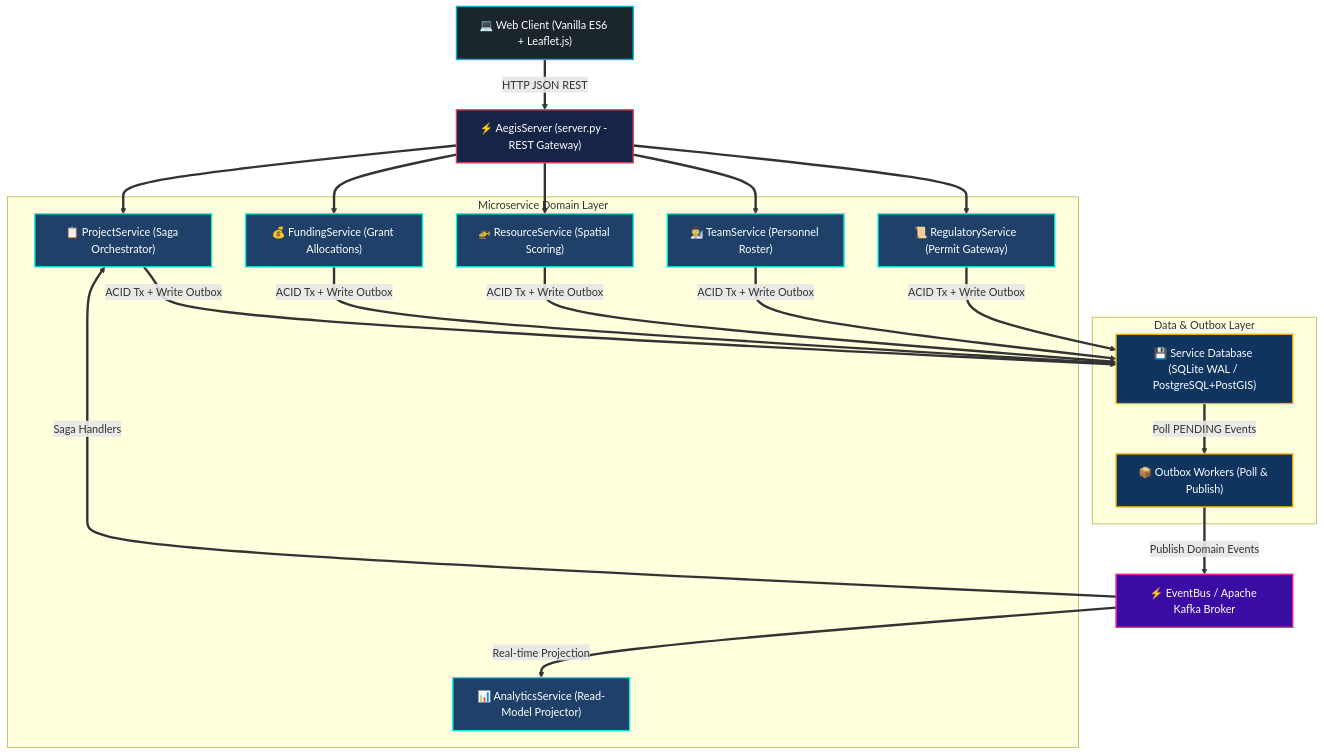
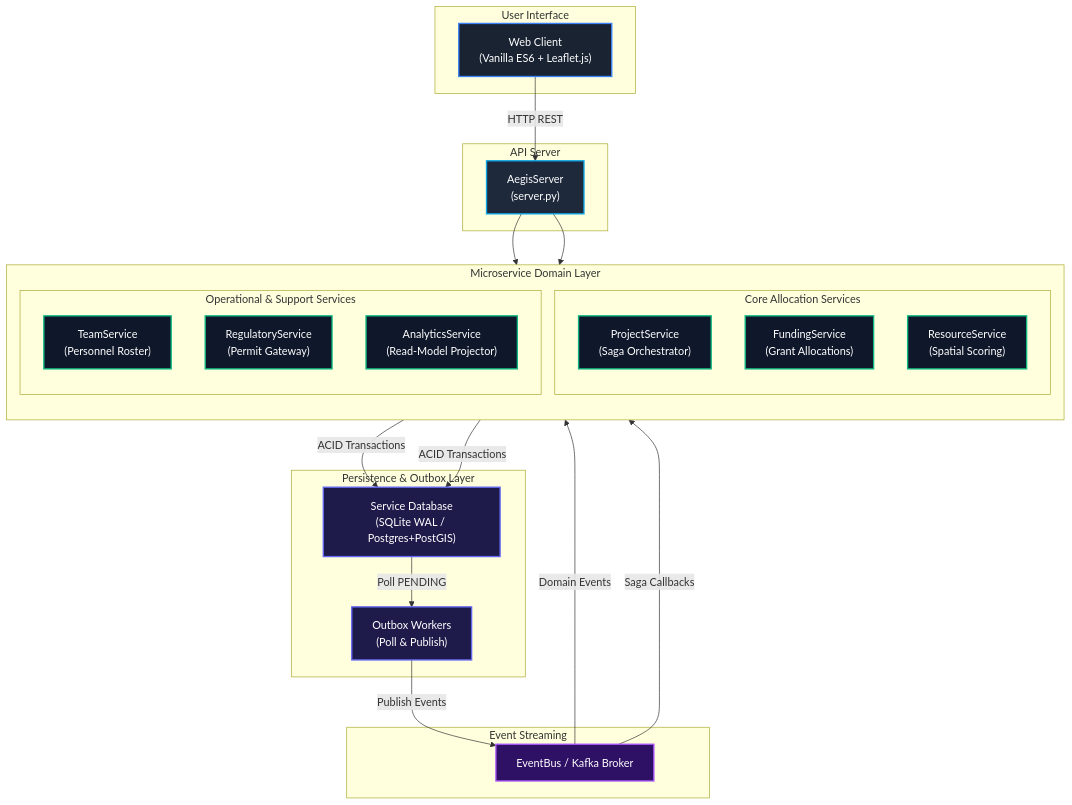
Before and after one commit to AayushRahate07/ECOTONE: the diagram in README.md, drawn with Mermaid. The commit also changed other lines of this file, not shown here.

````diff
--- a/README.md
+++ b/README.md
@@ -89,35 +80,58 @@
 ```mermaid
-graph TD
-    classDef client fill:#1b262c,stroke:#00b4d8,stroke-width:2px,color:#fff;
-    classDef server fill:#162447,stroke:#e43f5a,stroke-width:2px,color:#fff;
-    classDef service fill:#1f4068,stroke:#00f5d4,stroke-width:2px,color:#fff;
-    classDef db fill:#0f3460,stroke:#ffb703,stroke-width:2px,color:#fff;
-    classDef bus fill:#3a0ca3,stroke:#f72585,stroke-width:2px,color:#fff;
-
-    Client["💻 Web Client (Vanilla ES6 + Leaflet.js)"]:::client
-    Server["⚡ AegisServer (server.py - REST Gateway)"]:::server
-
-    subgraph Microservice Domain Layer
-        PS["📋 ProjectService (Saga Orchestrator)"]:::service
-        FS["💰 FundingService (Grant Allocations)"]:::service
-        RS["🚁 ResourceService (Spatial Scoring)"]:::service
-        TS["👨‍🔬 TeamService (Personnel Roster)"]:::service
-        RG["📜 RegulatoryService (Permit Gateway)"]:::service
-        AS["📊 AnalyticsService (Read-Model Projector)"]:::service
+graph TB
+    subgraph Frontend ["User Interface"]
+        UI["Web Client\n(Vanilla ES6 + Leaflet.js)"]
     end
 
-    subgraph Data & Outbox Layer
-        DB["💾 Service Database (SQLite WAL / PostgreSQL+PostGIS)"]:::db
-        OB["📦 Outbox Workers (Poll & Publish)"]:::db
+    subgraph Gateway ["API Server"]
+        API["AegisServer\n(server.py)"]
     end
 
-    Bus["⚡ EventBus / Apache Kafka Broker"]:::bus
+    subgraph Domain ["Microservice Domain Layer"]
+        direction TB
+        subgraph CoreServices ["Core Allocation Services"]
+            PS["ProjectService\n(Saga Orchestrator)"]
+            FS["FundingService\n(Grant Allocations)"]
+            RS["ResourceService\n(Spatial Scoring)"]
+        end
+        subgraph AuxiliaryServices ["Operational & Support Services"]
+            TS["TeamService\n(Personnel Roster)"]
+            RG["RegulatoryService\n(Permit Gateway)"]
+            AS["AnalyticsService\n(Read-Model Projector)"]
+        end
+    end
 
-    Client ==>|HTTP JSON REST| Server
-    Server ==> PS & FS & RS & TS & RG
-    PS & FS & RS & TS & RG ==>|ACID Tx + Write Outbox| DB
-    DB ==>|Poll PENDING Events| OB
-    OB ==>|Publish Domain Events| Bus
-    Bus ==>|Real-time Projection| AS
-    Bus ==>|Saga Handlers| PS
+    subgraph DataLayer ["Persistence & Outbox Layer"]
+        DB["Service Database\n(SQLite WAL / Postgres+PostGIS)"]
+        OB["Outbox Workers\n(Poll & Publish)"]
+    end
+
+    subgraph Messaging ["Event Streaming"]
+        BUS["EventBus / Kafka Broker"]
+    end
+
+    UI -->|HTTP REST| API
+    API --> CoreServices
+    API --> AuxiliaryServices
+
+    CoreServices -->|ACID Transactions| DB
+    AuxiliaryServices -->|ACID Transactions| DB
+
+    DB -->|Poll PENDING| OB
+    OB -->|Publish Events| BUS
+    BUS -->|Domain Events| AS
+    BUS -->|Saga Callbacks| PS
+
+    %% Class Styling for Symmetrical Contrast
+    classDef uiStyle fill:#1a2332,stroke:#3b82f6,stroke-width:2px,color:#fff;
+    classDef apiStyle fill:#1e293b,stroke:#0ea5e9,stroke-width:2px,color:#fff;
+    classDef serviceStyle fill:#0f172a,stroke:#10b981,stroke-width:2px,color:#fff;
+    classDef dbStyle fill:#1e1b4b,stroke:#6366f1,stroke-width:2px,color:#fff;
+    classDef busStyle fill:#2e1065,stroke:#a855f7,stroke-width:2px,color:#fff;
+
+    class UI uiStyle;
+    class API apiStyle;
+    class PS,FS,RS,TS,RG,AS serviceStyle;
+    class DB,OB dbStyle;
+    class BUS busStyle;
 ```
````
